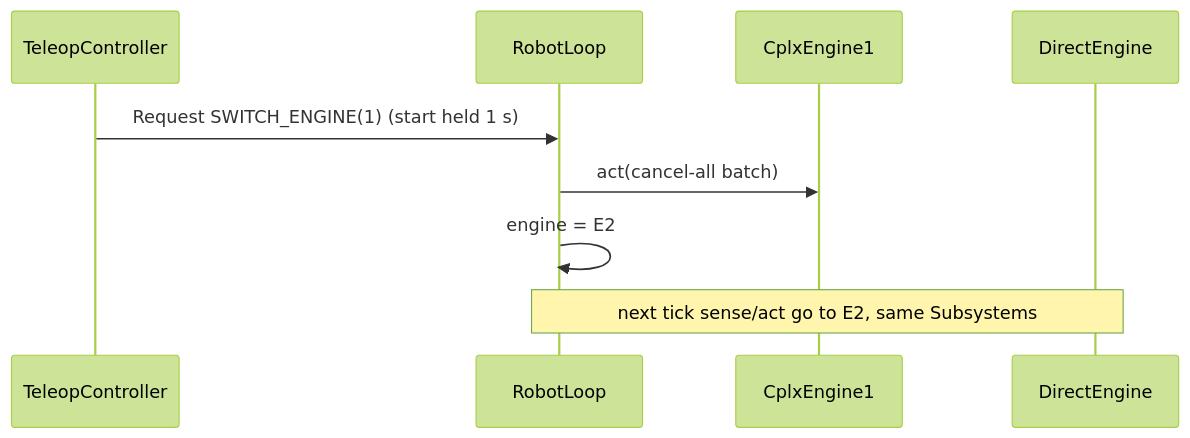
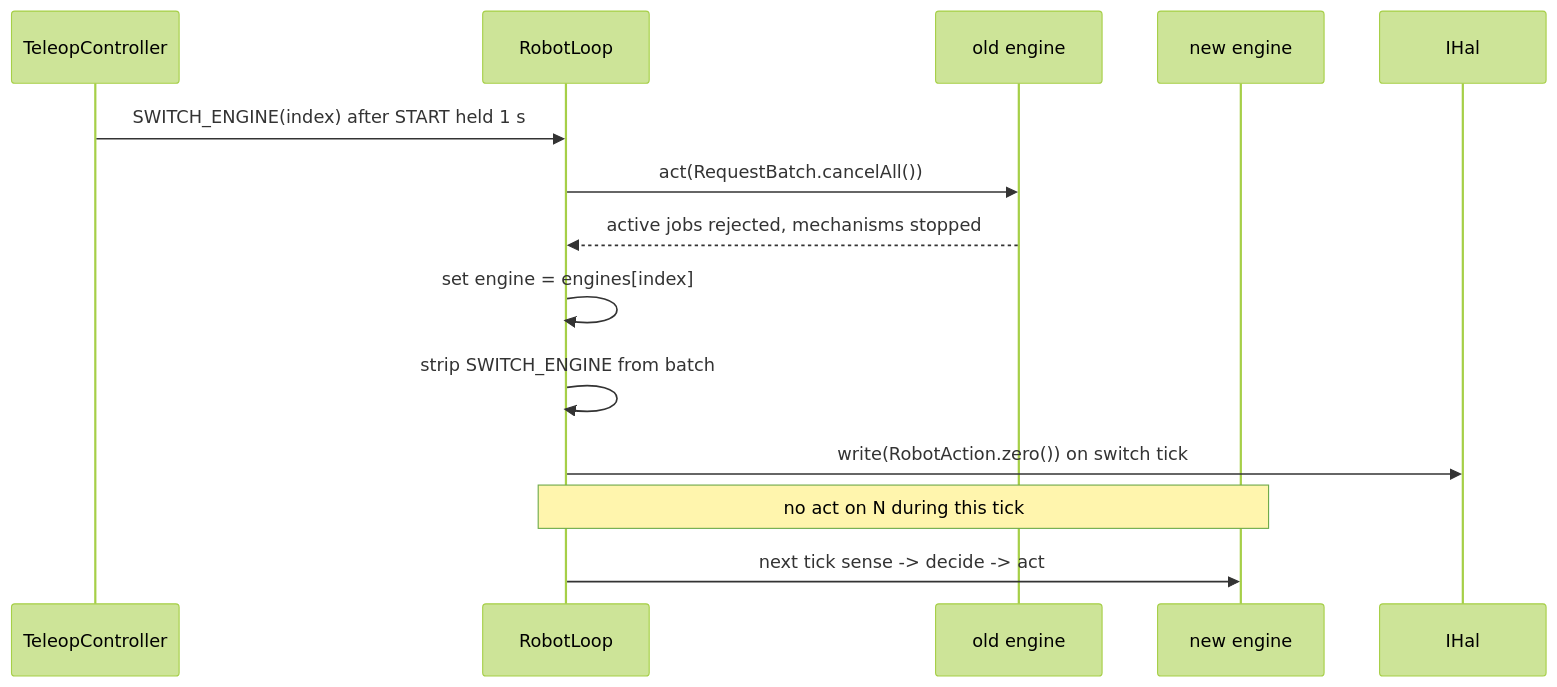
Diagram 18 of 23 in architecture/architecture.md (tunapro1234/boobuzz-docs), drawn with Mermaid (forest theme) before and after one commit. The commit also changed other lines of this file and 48 other files, not shown here.

First line of the commit message:
Rewrite architecture as rendered diagram-first reference

````diff
--- a/architecture/architecture.md
+++ b/architecture/architecture.md
@@ -785,11 +742,16 @@
 ```mermaid
 sequenceDiagram
     participant C as TeleopController
     participant L as RobotLoop
-    participant E1 as CplxEngine1
-    participant E2 as DirectEngine
-    C->>L: Request SWITCH_ENGINE(1)  (start held 1 s)
-    L->>E1: act(cancel-all batch)
-    L->>L: engine = E2
-    Note over L,E2: next tick sense/act go to E2, same Subsystems
+    participant O as old engine
+    participant N as new engine
+    participant H as IHal
+    C->>L: SWITCH_ENGINE(index) after START held 1 s
+    L->>O: act(RequestBatch.cancelAll())
+    O-->>L: active jobs rejected, mechanisms stopped
+    L->>L: set engine = engines[index]
+    L->>L: strip SWITCH_ENGINE from batch
+    L->>H: write(RobotAction.zero()) on switch tick
+    Note over L,N: no act on N during this tick
+    L->>N: next tick sense -> decide -> act
 ```
````
